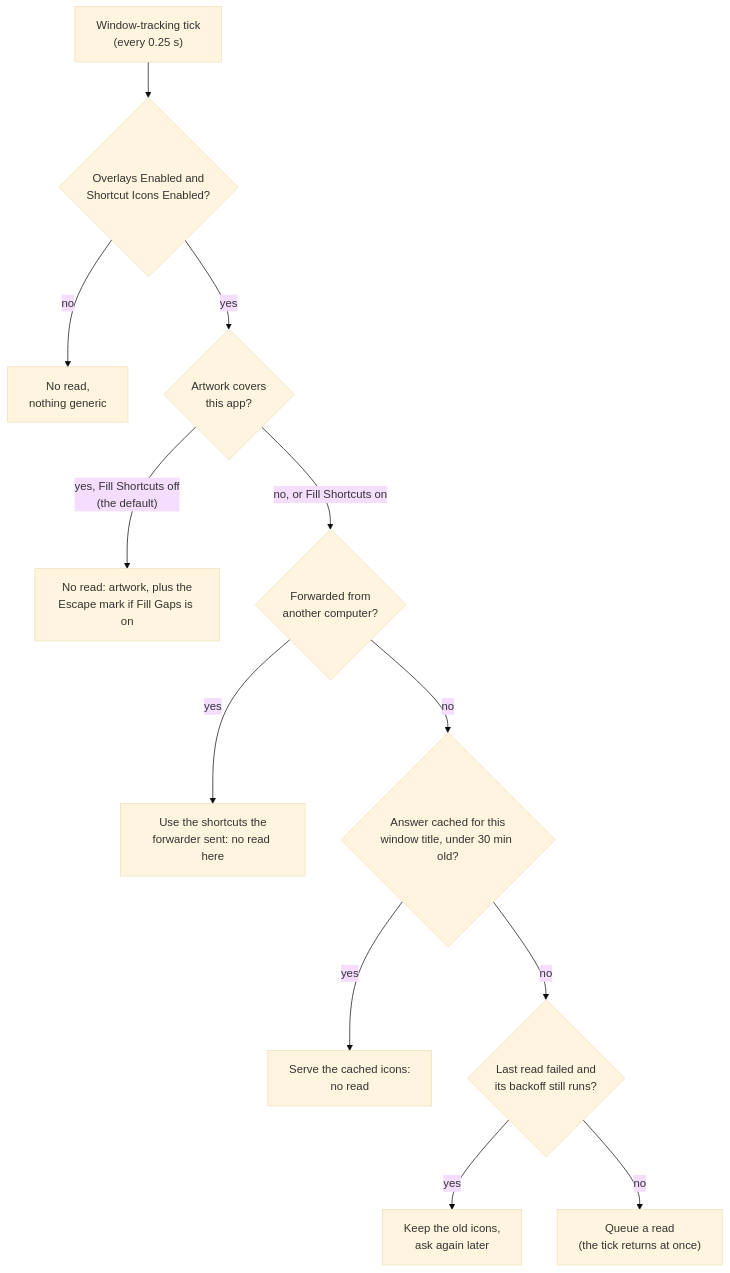
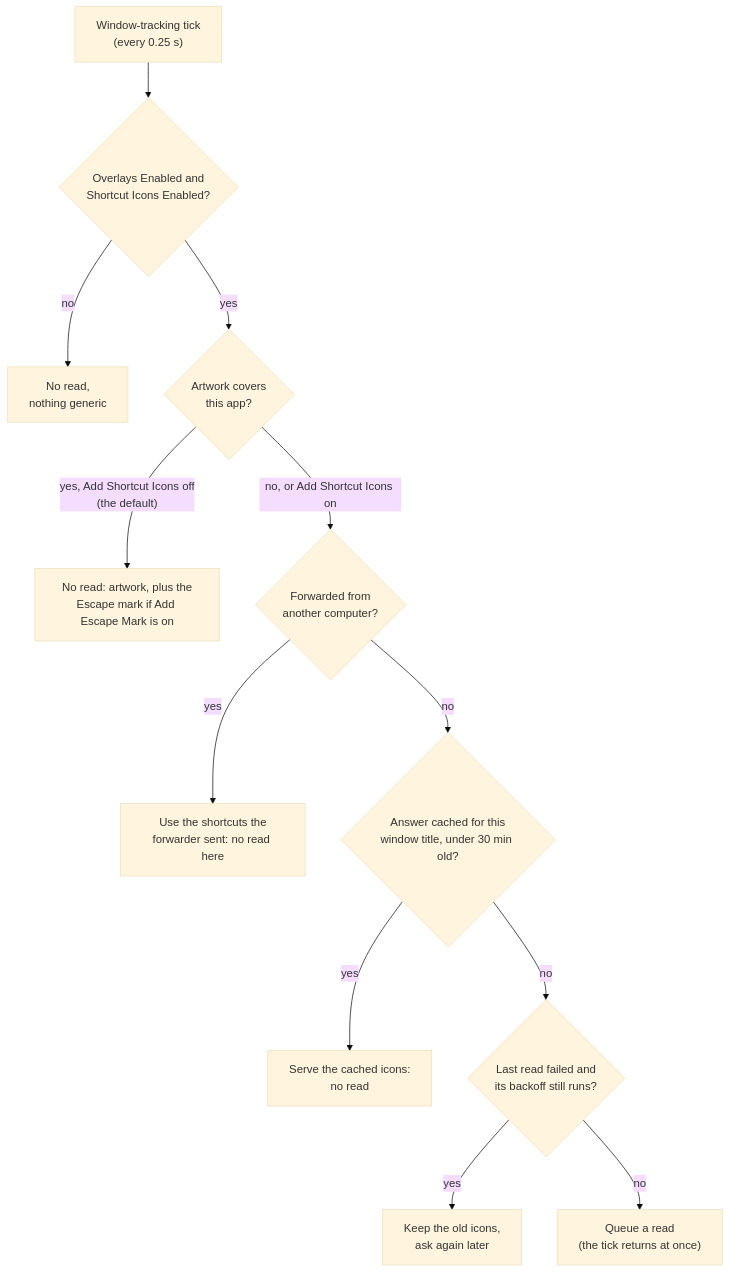
The fourth of 7 diagrams in src/content/docs/development/system-model.mdx (thpoll83/polykybd-docs), drawn with Mermaid (base theme) before and after one commit. The commit also changed 3 other files, not shown here.

````diff
--- a/src/content/docs/development/system-model.mdx
+++ b/src/content/docs/development/system-model.mdx
@@ -220,14 +220,14 @@
 ```mermaid
 flowchart TD
   T["Window-tracking tick<br/>(every 0.25 s)"] --> E{"Overlays Enabled and<br/>Shortcut Icons Enabled?"}
   E -- no --> X["No read,<br/>nothing generic"]
   E -- yes --> A{"Artwork covers<br/>this app?"}
-  A -- "yes, Fill Shortcuts off<br/>(the default)" --> N["No read: artwork, plus the<br/>Escape mark if Fill Gaps is on"]
-  A -- "no, or Fill Shortcuts on" --> F{"Forwarded from<br/>another computer?"}
+  A -- "yes, Add Shortcut Icons off<br/>(the default)" --> N["No read: artwork, plus the<br/>Escape mark if Add Escape Mark is on"]
+  A -- "no, or Add Shortcut Icons on" --> F{"Forwarded from<br/>another computer?"}
   F -- yes --> R["Use the shortcuts the<br/>forwarder sent: no read here"]
   F -- no --> C{"Answer cached for this<br/>window title, under 30 min old?"}
   C -- yes --> S["Serve the cached icons:<br/>no read"]
   C -- no --> B{"Last read failed and<br/>its backoff still runs?"}
   B -- yes --> W["Keep the old icons,<br/>ask again later"]
   B -- no --> Q["Queue a read<br/>(the tick returns at once)"]
 ```
````
